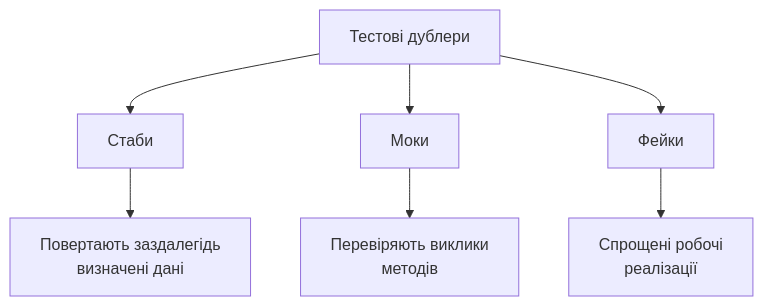
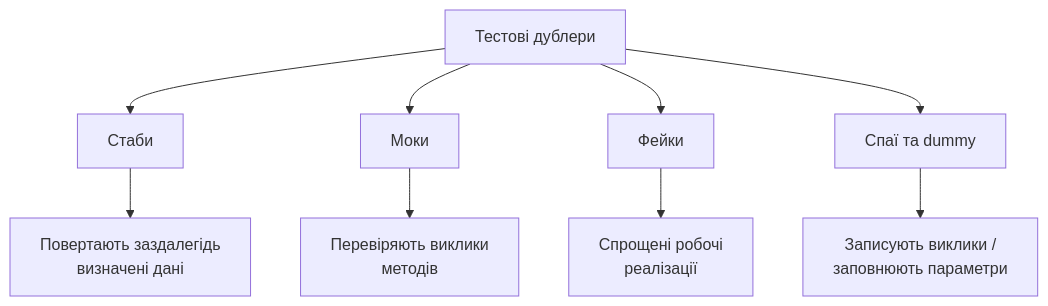
Before and after one commit to olroi421/course-opi-v2: the fourth of 9 diagrams in presentations/presentation-12.md, drawn with Mermaid. The commit also changed other lines of this file and 9 other files, not shown here.

````diff
--- a/presentations/presentation-12.md
+++ b/presentations/presentation-12.md
@@ -175,10 +208,12 @@
 ```mermaid
 graph TB
     A[Тестові дублери] --> B[Стаби]
     A --> C[Моки]
     A --> D[Фейки]
+    A --> E[Спаї та dummy]
 
-    B --> E[Повертають заздалегідь<br/>визначені дані]
-    C --> F[Перевіряють виклики<br/>методів]
-    D --> G[Спрощені робочі<br/>реалізації]
+    B --> F[Повертають заздалегідь<br/>визначені дані]
+    C --> G[Перевіряють виклики<br/>методів]
+    D --> H[Спрощені робочі<br/>реалізації]
+    E --> I[Записують виклики /<br/>заповнюють параметри]
 ```
````
